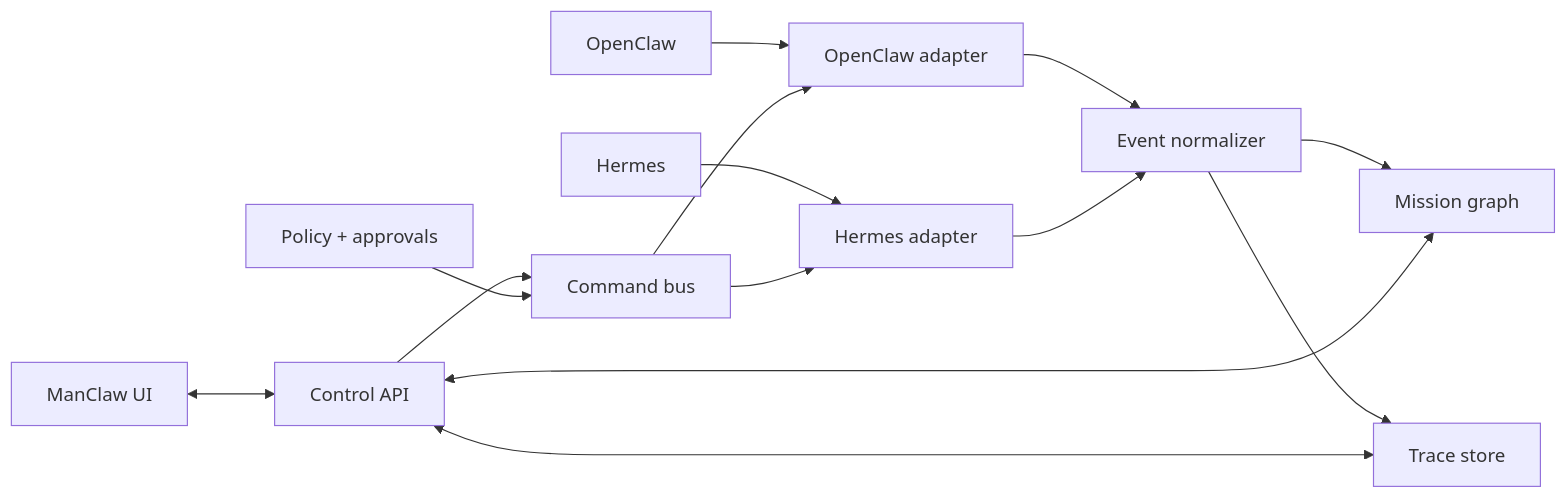
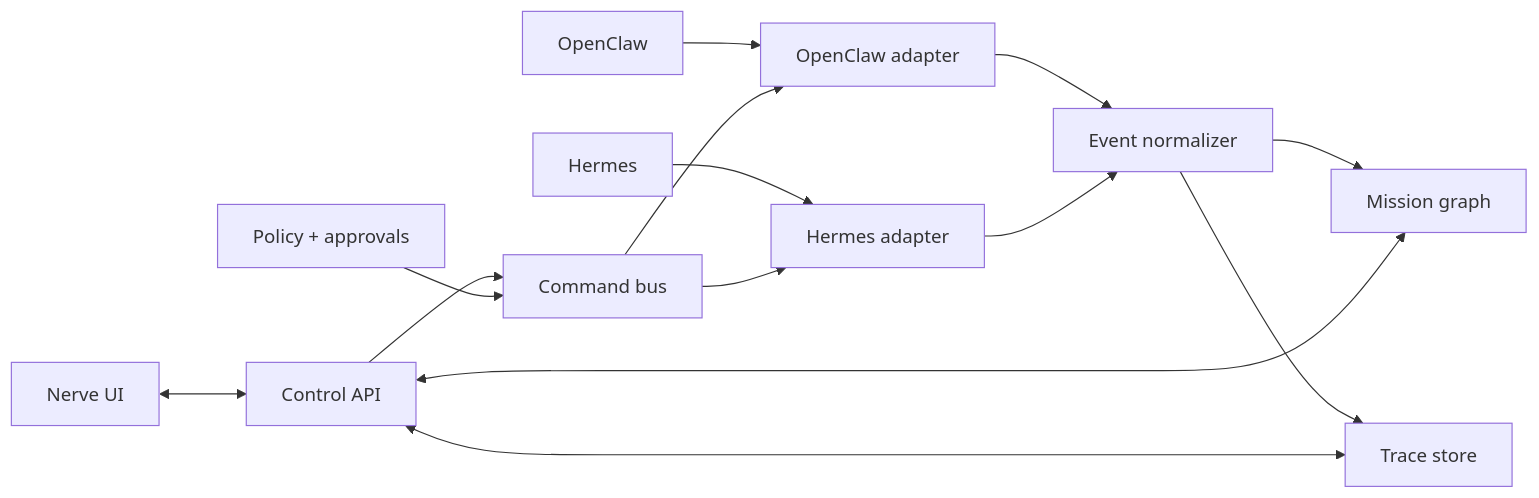
The diagram in README.md (boyeesu/nerve), drawn with Mermaid before and after one commit. The commit also changed other lines of this file and 19 other files, not shown here.

````diff
--- a/README.md
+++ b/README.md
@@ -98,16 +98,16 @@
 ```mermaid
 flowchart LR
     OC["OpenClaw"] --> OCA["OpenClaw adapter"]
     HE["Hermes"] --> HEA["Hermes adapter"]
     OCA --> EN["Event normalizer"]
     HEA --> EN
     EN --> MG["Mission graph"]
     EN --> TS["Trace store"]
-    UI["ManClaw UI"] <--> API["Control API"]
+    UI["Nerve UI"] <--> API["Control API"]
     API <--> MG
     API <--> TS
     API --> CB["Command bus"]
     CB --> OCA
     CB --> HEA
     PE["Policy + approvals"] --> CB
 ```
````
